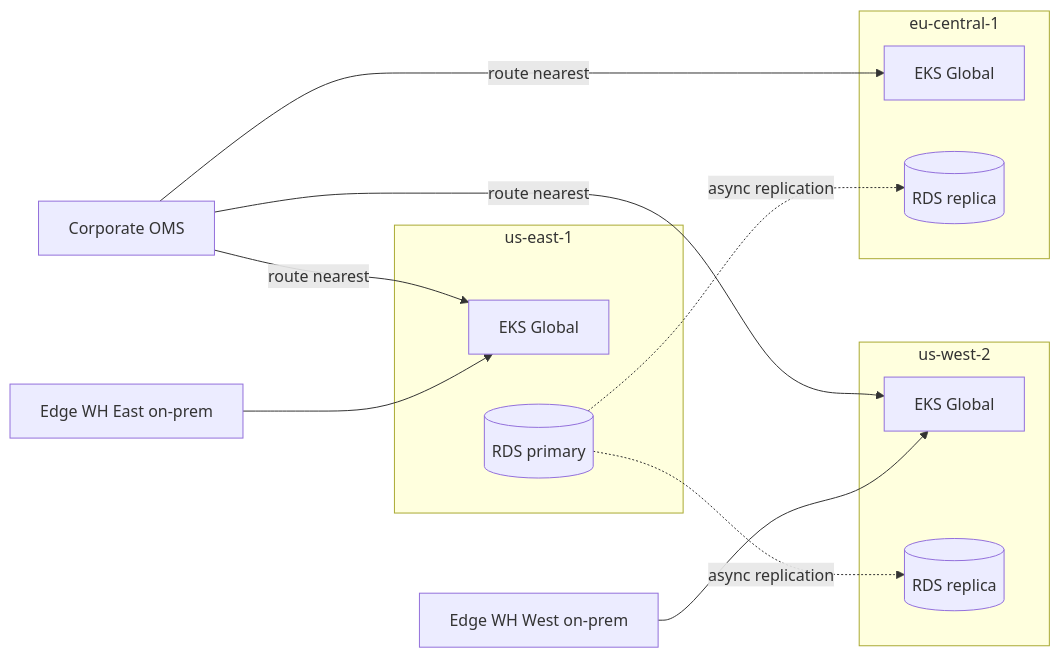
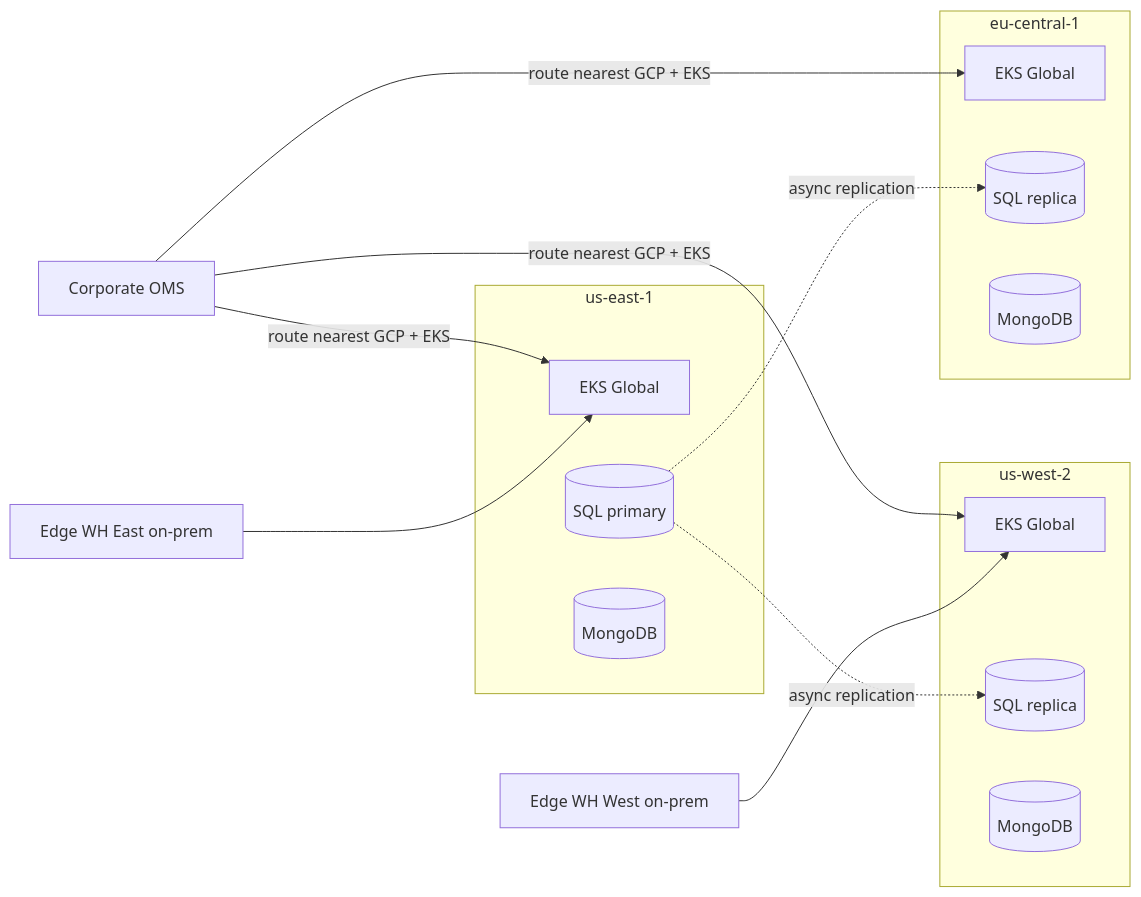
The third of 11 diagrams in README.md (bharat2476/Integration), drawn with Mermaid before and after one commit. The commit also changed other lines of this file and 4 other files, not shown here.

````diff
--- a/README.md
+++ b/README.md
@@ -103,21 +171,24 @@
 ```mermaid
 flowchart LR
   subgraph US_East [us-east-1]
     EKS1[EKS Global]
-    RDS1[(RDS primary)]
+    SQL1[(SQL primary)]
+    MG1[(MongoDB)]
   end
   subgraph US_West [us-west-2]
     EKS2[EKS Global]
-    RDS2[(RDS replica)]
+    SQL2[(SQL replica)]
+    MG2[(MongoDB)]
   end
   subgraph EU [eu-central-1]
     EKS3[EKS Global]
-    RDS3[(RDS replica)]
+    SQL3[(SQL replica)]
+    MG3[(MongoDB)]
   end
 
-  OMS_G[Corporate OMS] -->|route nearest| EKS1 & EKS2 & EKS3
-  RDS1 -.->|async replication| RDS2 & RDS3
+  OMS_G[Corporate OMS] -->|route nearest GCP + EKS| EKS1 & EKS2 & EKS3
+  SQL1 -.->|async replication| SQL2 & SQL3
 
   WH_EAST[Edge WH East on-prem] --> EKS1
   WH_WEST[Edge WH West on-prem] --> EKS2
 ```
````
